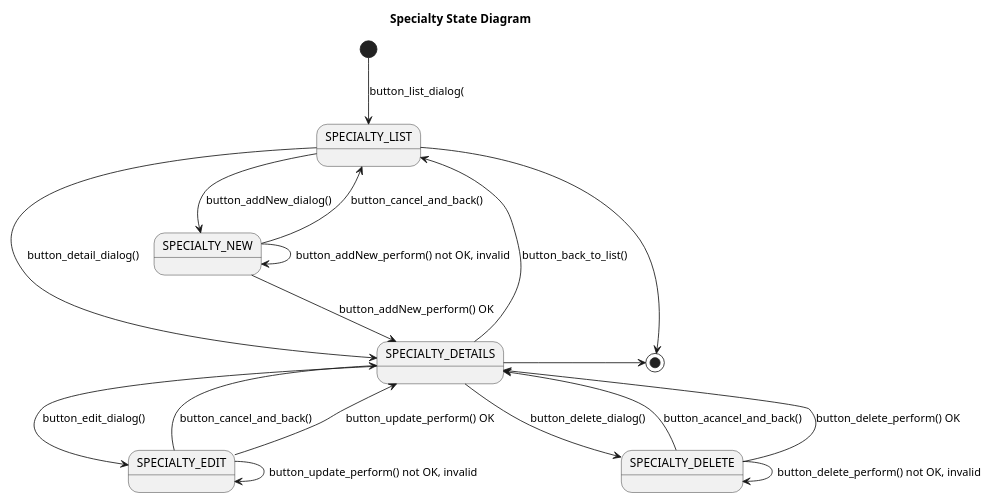
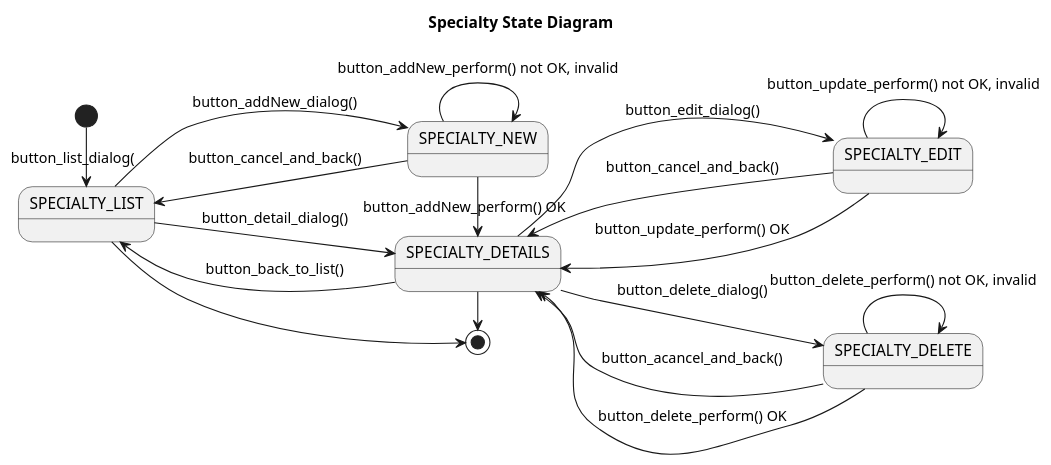
The diagram in puml/vet/concept/Specialty__UseCase__State.puml (Jakarta-EE-Petclinic/petclinic-uml), drawn with PlantUML before and after one commit. The commit also changed 1 other file, not shown here.

```diff
--- a/puml/vet/concept/Specialty__UseCase__State.puml
+++ b/puml/vet/concept/Specialty__UseCase__State.puml
@@ -1,42 +1,42 @@
 @startuml
 
 title Specialty State Diagram
 
 'https://plantuml.com/state-diagram
 
-' left to right direction
-top to bottom direction
+left to right direction
+'top to bottom direction
 
 scale 1000 width
 
-[*] --> SPECIALTY_LIST: button_list_dialog(
+[*] -> SPECIALTY_LIST: button_list_dialog(
 
 SPECIALTY_LIST --> SPECIALTY_NEW : button_addNew_dialog()
 SPECIALTY_NEW --> SPECIALTY_LIST: button_cancel_and_back()
 state SPECIALTY_NEW {
     SPECIALTY_NEW --> SPECIALTY_NEW : button_addNew_perform() not OK, invalid
 }
-SPECIALTY_NEW --> SPECIALTY_DETAILS: button_addNew_perform() OK
+SPECIALTY_NEW -> SPECIALTY_DETAILS: button_addNew_perform() OK
 
 
-SPECIALTY_LIST --> SPECIALTY_DETAILS: button_detail_dialog()
+SPECIALTY_LIST -> SPECIALTY_DETAILS: button_detail_dialog()
 SPECIALTY_DETAILS --> SPECIALTY_LIST: button_back_to_list()
 
 SPECIALTY_DETAILS --> SPECIALTY_EDIT: button_edit_dialog()
 SPECIALTY_EDIT --> SPECIALTY_DETAILS: button_cancel_and_back()
 state SPECIALTY_EDIT {
     SPECIALTY_EDIT --> SPECIALTY_EDIT: button_update_perform() not OK, invalid
 }
 SPECIALTY_EDIT --> SPECIALTY_DETAILS: button_update_perform() OK
 
 SPECIALTY_DETAILS --> SPECIALTY_DELETE: button_delete_dialog()
 SPECIALTY_DELETE --> SPECIALTY_DETAILS: button_acancel_and_back()
 state SPECIALTY_DELETE {
     SPECIALTY_DELETE --> SPECIALTY_DELETE: button_delete_perform() not OK, invalid
 }
 SPECIALTY_DELETE --> SPECIALTY_DETAILS: button_delete_perform() OK
 
 SPECIALTY_LIST -> [*]
 SPECIALTY_DETAILS -> [*]
 
 @enduml
```
